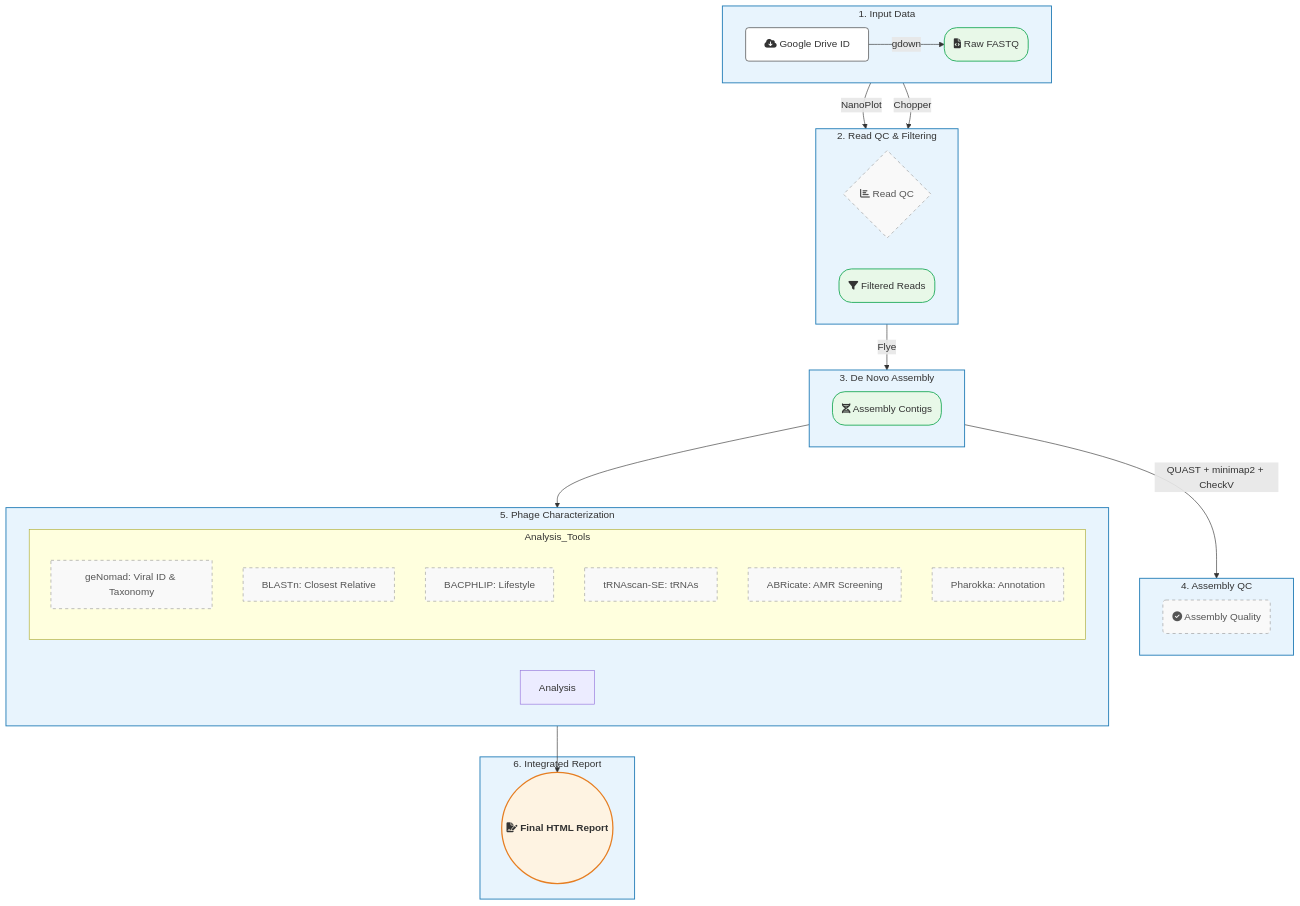
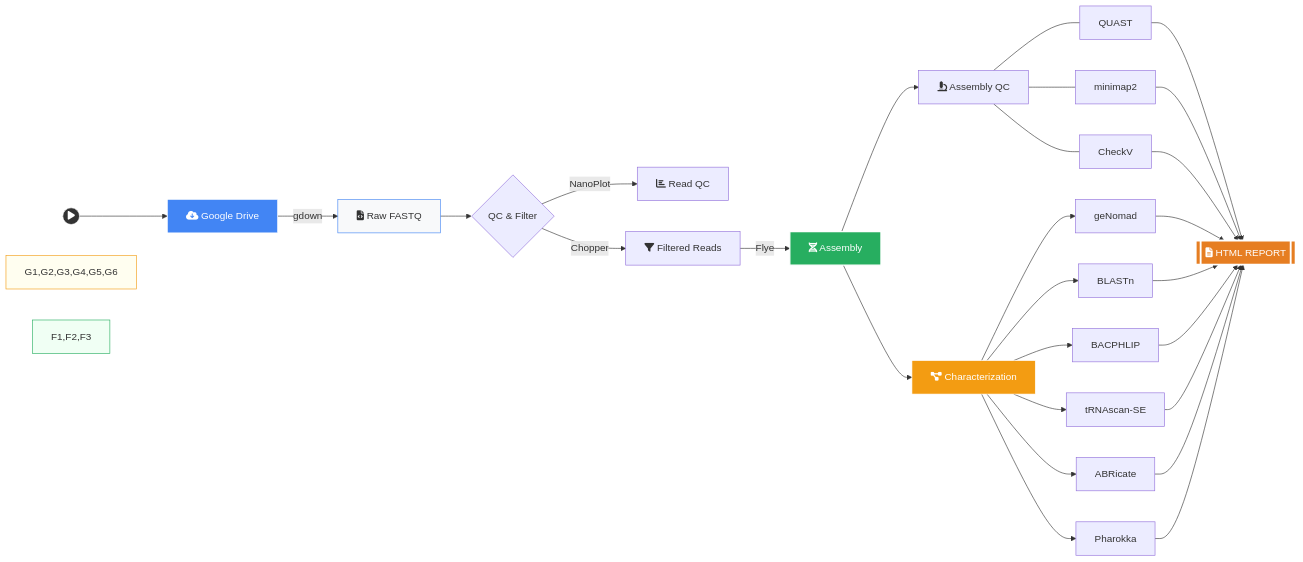
One commit to wgiovanni13/Nanophage changed the diagram in README.md. Above: the diagram before and after it, drawn with Mermaid.

Commit message:
README.md

````diff
--- a/README.md
+++ b/README.md
@@ -7,60 +7,45 @@
 ```mermaid
-graph TD
-    %% Define Styles
-    classDef main fill:#fff,stroke:#333,stroke-width:1px,rx:5,ry:5;
-    classDef process fill:#e8f4fd,stroke:#2980b9,stroke-width:1.5px,color:#333;
-    classDef data fill:#e8f8e8,stroke:#27ae60,stroke-width:1.5px,color:#333,rx:20,ry:20;
-    classDef final fill:#fef3e2,stroke:#e67e22,stroke-width:2px,color:#333,font-weight:bold;
-    classDef tool fill:#f9f9f9,stroke:#999,stroke-width:1px,stroke-dasharray: 5 5,color:#555;
+graph LR
+    %% Nodos Principales
+    Start((fa:fa-play)) --> A
+    
+    A[fa:fa-cloud-download Google Drive] -- gdown --> B[fa:fa-file-code Raw FASTQ]
+    
+    B --> C{QC & Filter}
+    C -- NanoPlot --> QC[fa:fa-chart-bar Read QC]
+    C -- Chopper --> D[fa:fa-filter Filtered Reads]
+    
+    D -- Flye --> E[fa:fa-dna Assembly]
+    
+    E --> F[fa:fa-microscope Assembly QC]
+    F --- F1[QUAST]
+    F --- F2[minimap2]
+    F --- F3[CheckV]
+    
+    E --> G[fa:fa-project-diagram Characterization]
+    
+    %% Herramientas de Caracterización en abanico
+    G --> G1[geNomad]
+    G --> G2[BLASTn]
+    G --> G3[BACPHLIP]
+    G --> G4[tRNAscan-SE]
+    G --> G5[ABRicate]
+    G --> G6[Pharokka]
+    
+    %% Unión al Reporte
+    F1 & F2 & F3 & G1 & G2 & G3 & G4 & G5 & G6 --> M
+    
+    M[[fa:fa-file-alt HTML REPORT]]
 
-    %% Main Subgraphs
-    subgraph Input_Stage ["1. Input Data"]
-        direction LR
-        A[fa:fa-cloud-download Google Drive ID] -->|gdown| B(fa:fa-file-code Raw FASTQ)
-    end
-
-    subgraph QC_Stage ["2. Read QC & Filtering"]
-        direction LR
-        B -->|NanoPlot| C{fa:fa-bar-chart Read QC}
-        B -->|Chopper| D(fa:fa-filter Filtered Reads)
-    end
-
-    subgraph Assembly_Stage ["3. De Novo Assembly"]
-        direction LR
-        D -->|Flye| E(fa:fa-dna Assembly Contigs)
-    end
-
-    subgraph Assembly_QC_Stage ["4. Assembly QC"]
-        direction LR
-        E -->|QUAST + minimap2 + CheckV| F(fa:fa-check-circle Assembly Quality)
-    end
-
-    subgraph Analysis_Stage ["5. Phage Characterization"]
-        direction LR
-        E --> Analysis
-        
-        subgraph Analysis_Tools
-            direction TB
-            genomad[geNomad: Viral ID & Taxonomy]
-            blast[BLASTn: Closest Relative]
-            bacphlip[BACPHLIP: Lifestyle]
-            trna[tRNAscan-SE: tRNAs]
-            abricate[ABRicate: AMR Screening]
-            pharokka[Pharokka: Annotation]
-        end
-    end
-
-    subgraph Output_Stage ["6. Integrated Report"]
-        Analysis_Tools --> M((fa:fa-file-signature Final HTML Report))
-    end
-
-    %% Apply Classes
-    class A,M main;
-    class C,F,genomad,blast,bacphlip,trna,abricate,pharokka tool;
-    class B,D,E data;
-    class M final;
-    class Input_Stage,QC_Stage,Assembly_Stage,Assembly_QC_Stage,Analysis_Stage,Output_Stage process;
-
-    %% FontAwesome icons require a compatible font/rendering environment. 
-    %% If icons don't render, remove 'fa:fa-...' part from labels.
+    %% Estilos Mejorados
+    style Start fill:#333,stroke:#fff,color:#fff
+    style A fill:#4285F4,stroke:#fff,color:#fff
+    style B fill:#f8f9fa,stroke:#4285F4
+    style E fill:#27ae60,stroke:#fff,color:#fff,stroke-width:2px
+    style G fill:#f39c12,stroke:#fff,color:#fff
+    style M fill:#e67e22,stroke:#fff,color:#fff,stroke-width:3px
+    
+    %% Colores suaves para herramientas
+    style G1,G2,G3,G4,G5,G6 fill:#fffef0,stroke:#f39c12
+    style F1,F2,F3 fill:#f0fff4,stroke:#27ae60
 ```
````
